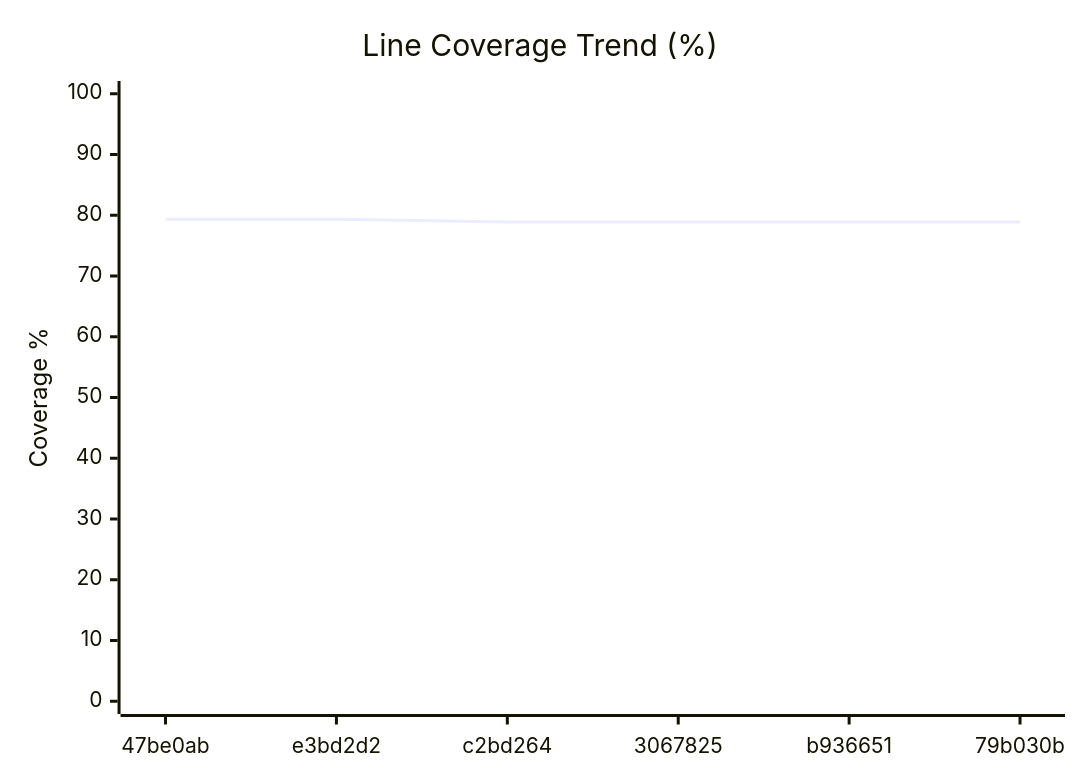
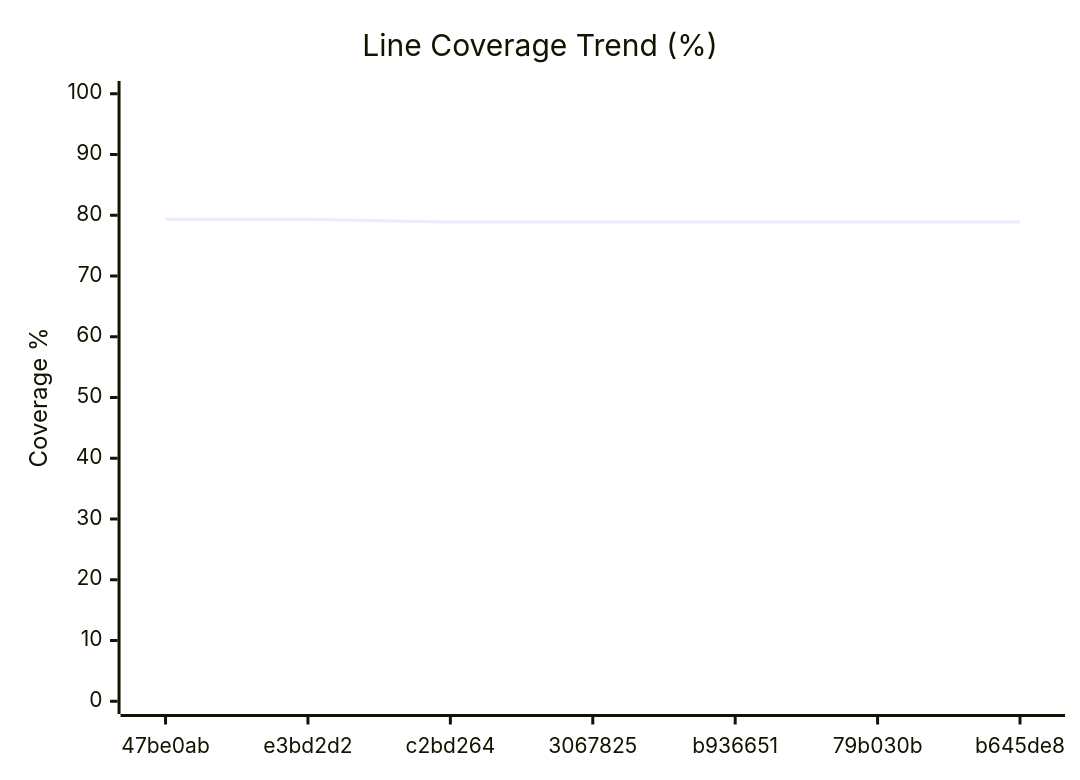
The diagram in COVERAGE.md (googlemaps/android-maps-testing), drawn with Mermaid before and after one commit. The commit also changed other lines of this file and 2 other files, not shown here.

Commit message:
chore: record unit coverage

````diff
--- a/COVERAGE.md
+++ b/COVERAGE.md
@@ -52,7 +52,7 @@
 ```mermaid
 xychart-beta
     title "Line Coverage Trend (%)"
-    x-axis ["47be0ab", "e3bd2d2", "c2bd264", "3067825", "b936651", "79b030b"]
+    x-axis ["47be0ab", "e3bd2d2", "c2bd264", "3067825", "b936651", "79b030b", "b645de8"]
     y-axis "Coverage %" 0 --> 100
-    line [79.34, 79.34, 78.88, 78.88, 78.88, 78.88]
+    line [79.34, 79.34, 78.88, 78.88, 78.88, 78.88, 78.88]
 ```
````
